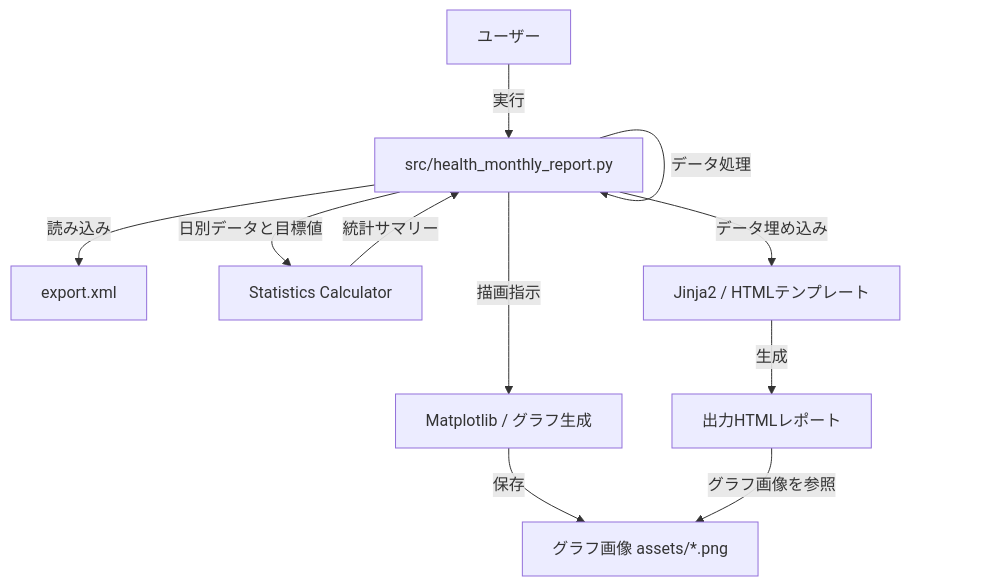
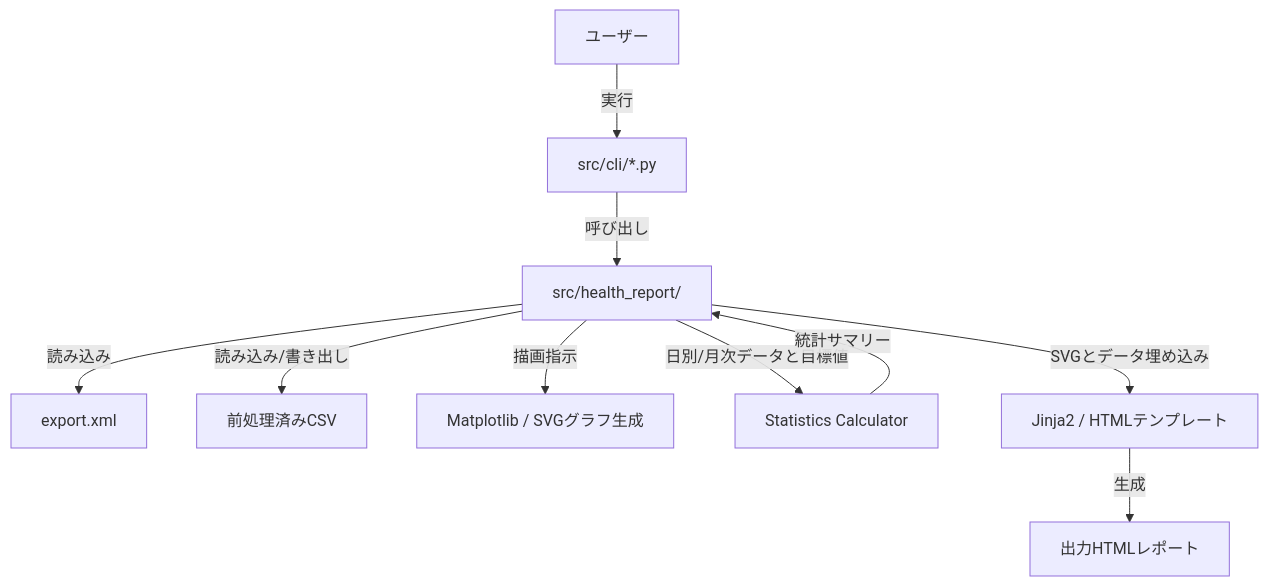
One commit to omotoshohei/14-apple-watch-health-tracker changed the first of 2 diagrams in docs/functional-design.md. Above: the diagram before and after it, drawn with Mermaid. The commit also changed other lines of this file and 45 other files, not shown here.

````diff
--- a/docs/functional-design.md
+++ b/docs/functional-design.md
@@ -7,22 +7,22 @@
 ```mermaid
 graph TD
     User[ユーザー]
-    Script[src/health_monthly_report.py]
+    CLI[src/cli/*.py]
+    Core[src/health_report/]
     XML[export.xml]
-    Matplotlib[Matplotlib / グラフ生成]
+    CSV[前処理済みCSV]
+    Matplotlib[Matplotlib / SVGグラフ生成]
     Stats[Statistics Calculator]
     HTMLTemplate[Jinja2 / HTMLテンプレート]
     OutputHTML[出力HTMLレポート]
-    OutputAssets[グラフ画像 assets/*.png]
 
-    User -->|実行| Script
-    Script -->|読み込み| XML
-    Script -->|データ処理| Script
-    Script -->|描画指示| Matplotlib
-    Matplotlib -->|保存| OutputAssets
-    Script -->|日別データと目標値| Stats
-    Stats -->|統計サマリー| Script
-    Script -->|データ埋め込み| HTMLTemplate
+    User -->|実行| CLI
+    CLI -->|呼び出し| Core
+    Core -->|読み込み| XML
+    Core -->|読み込み/書き出し| CSV
+    Core -->|描画指示| Matplotlib
+    Core -->|日別/月次データと目標値| Stats
+    Stats -->|統計サマリー| Core
+    Core -->|SVGとデータ埋め込み| HTMLTemplate
     HTMLTemplate -->|生成| OutputHTML
-    OutputHTML -->|グラフ画像を参照| OutputAssets
 ```
````
